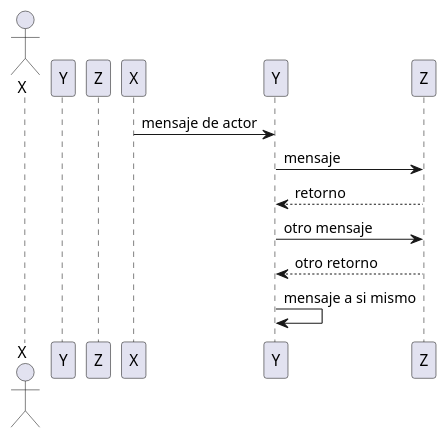
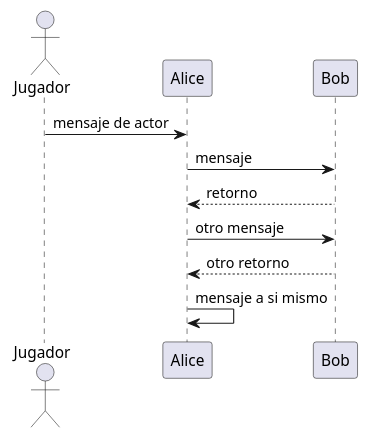
Before and after one commit to mpata2000/Algo3: the sixth of 9 diagrams in README.md, drawn with PlantUML. The commit also changed other lines of this file, not shown here.

Commit message:
Cambio de diagramas de secuencia y agrego sus fotos

````diff
--- a/README.md
+++ b/README.md
@@ -408,17 +455,17 @@
 ```UML
 @startuml
-Actor X as Jugador
-Participant Y as Alice
-Participant Z as Bob
+Actor X as "Jugador"
+Participant Y as "Alice"
+Participant Z as "Bob"
 
 X -> Y: mensaje de actor
 
 Y -> Z: mensaje
 Z --> Y: retorno
 
 Y -> Z: otro mensaje
 Y <-- Z: otro retorno
 
 Y -> Y: mensaje a si mismo
 @enduml
 ```
````
